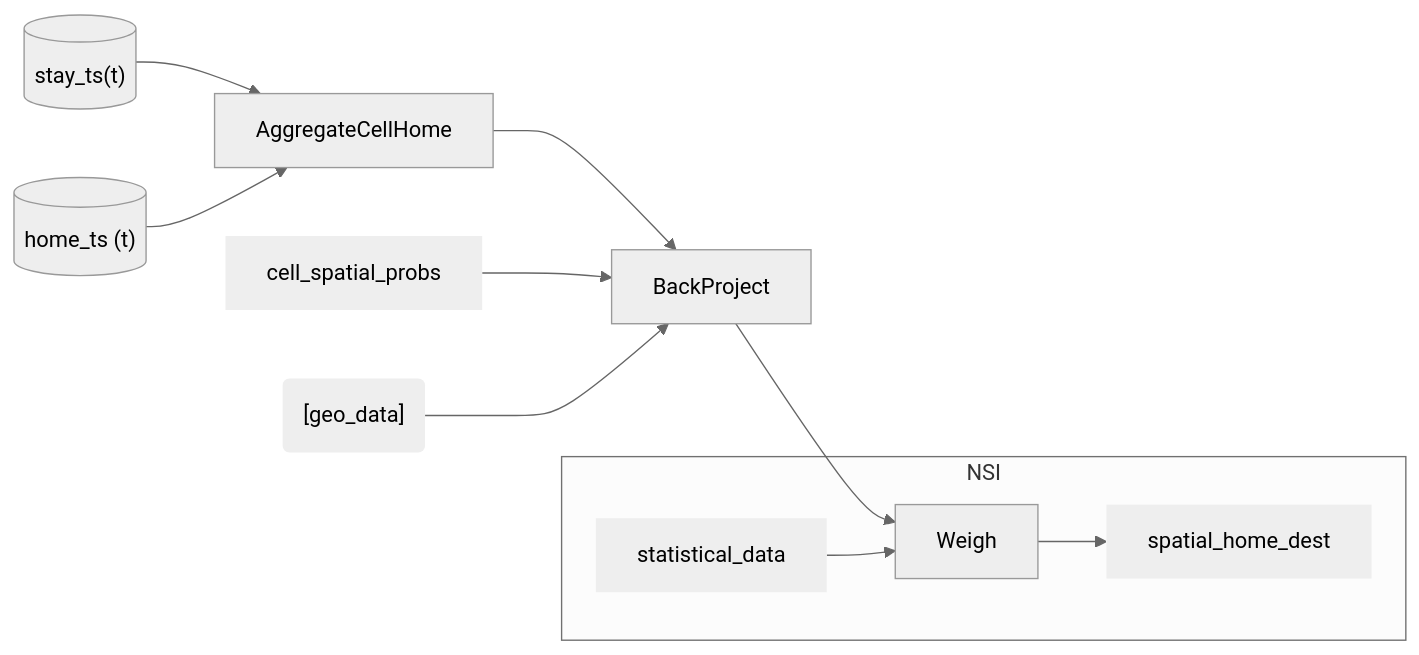
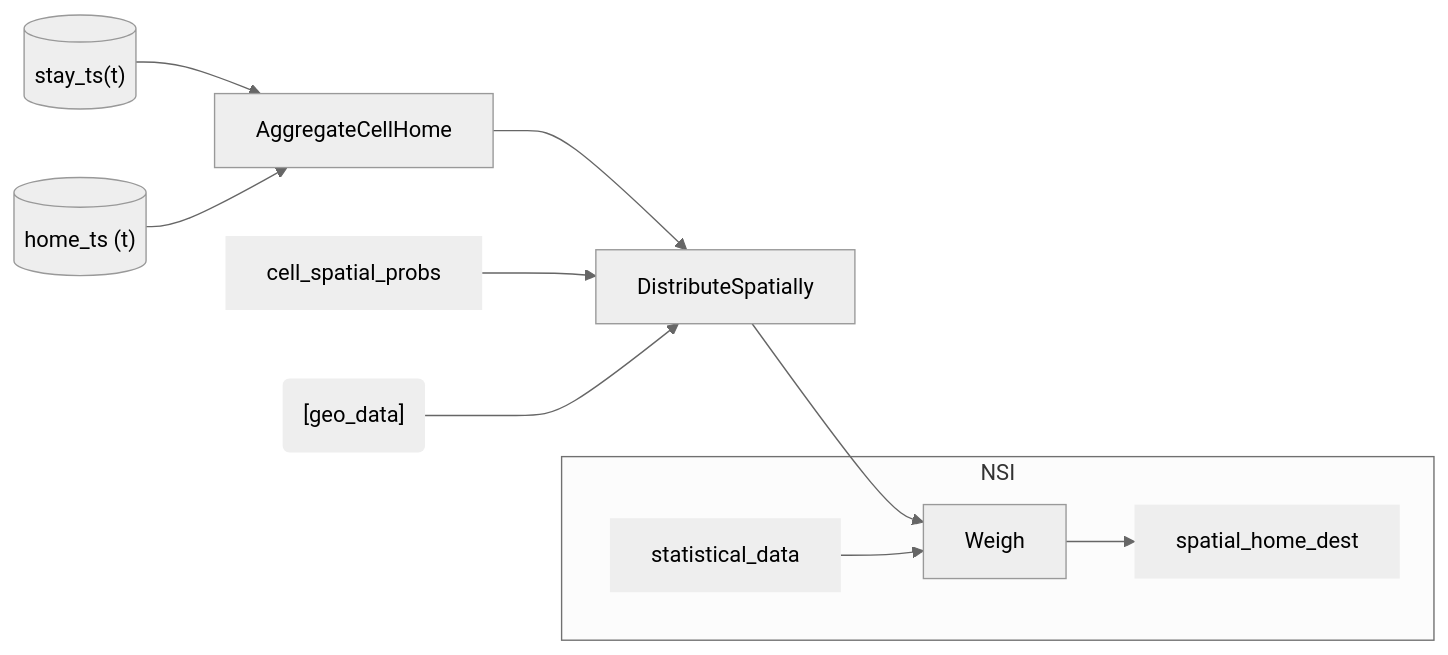
One commit to djvanderlaan/pipeline changed diagram 12 of 14 in README.md. Above: the diagram before and after it, drawn with Mermaid (neutral theme). The commit also changed other lines of this file, not shown here.

````diff
--- a/README.md
+++ b/README.md
@@ -148,16 +148,16 @@
 ```mermaid
 flowchart LR
 
-stay_ts[("stay_ts(t)")] --> AggregateCellHome --> BackProject --> Weigh 
+stay_ts[("stay_ts(t)")] --> AggregateCellHome --> DistributeSpatially --> Weigh 
 
 home_ts[("home_ts (t)")] --> AggregateCellHome
-cell_spatial_probs:::data --> BackProject
-geo_data("[geo_data]"):::data --> BackProject
+cell_spatial_probs:::data --> DistributeSpatially
+geo_data("[geo_data]"):::data --> DistributeSpatially
 
 subgraph NSI
   Weigh --> spatial_home_dest:::data
   statistical_data:::data --> Weigh
 end
 
 classDef data stroke-width:0px
 ```
````
